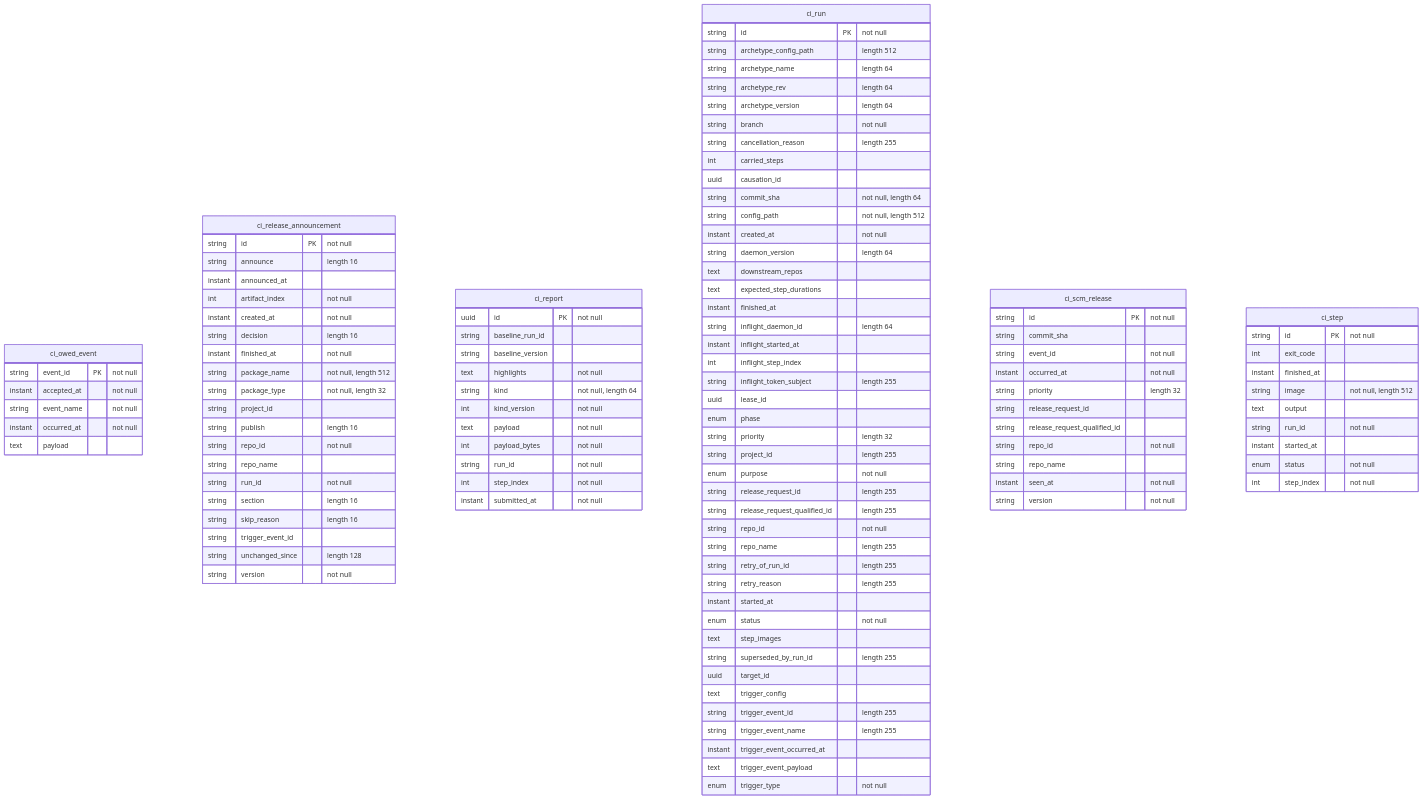
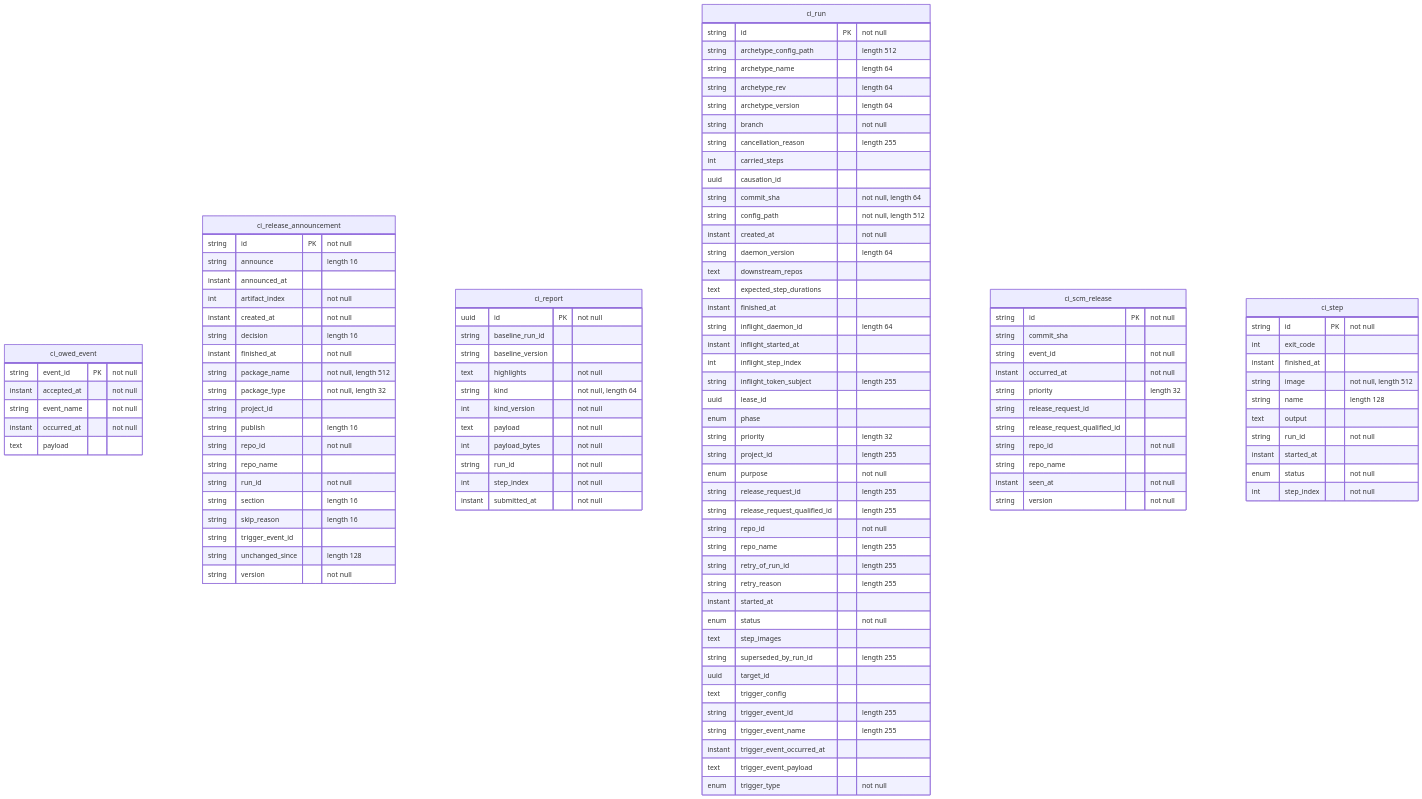
One commit to QuicklyIterateTheSoftware/qits-ci-service changed the diagram in docs/database/ci.md. Above: the diagram before and after it, drawn with Mermaid. The commit also changed 71 other files, not shown here.

```diff
--- a/docs/database/ci.md
+++ b/docs/database/ci.md
@@ -114,6 +114,7 @@
     int exit_code
     instant finished_at
     string image "not null, length 512"
+    string name "length 128"
     text output
     string run_id "not null"
     instant started_at
```
